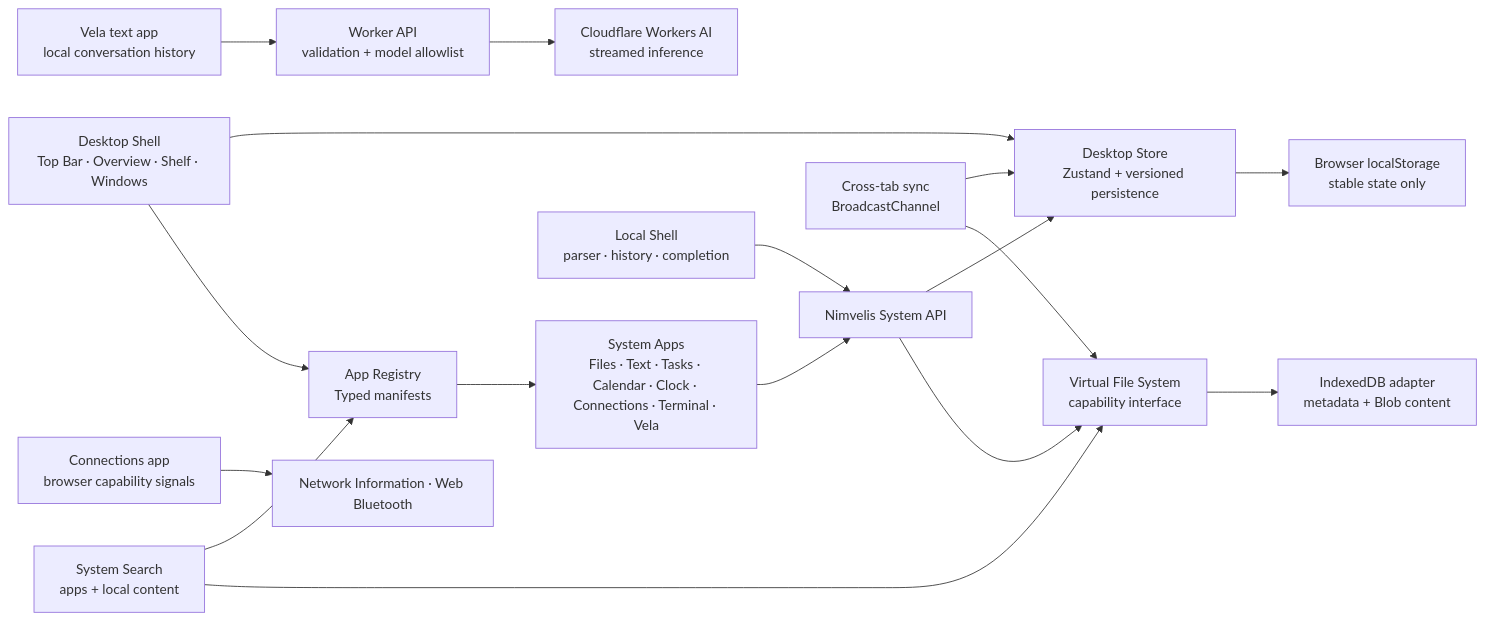
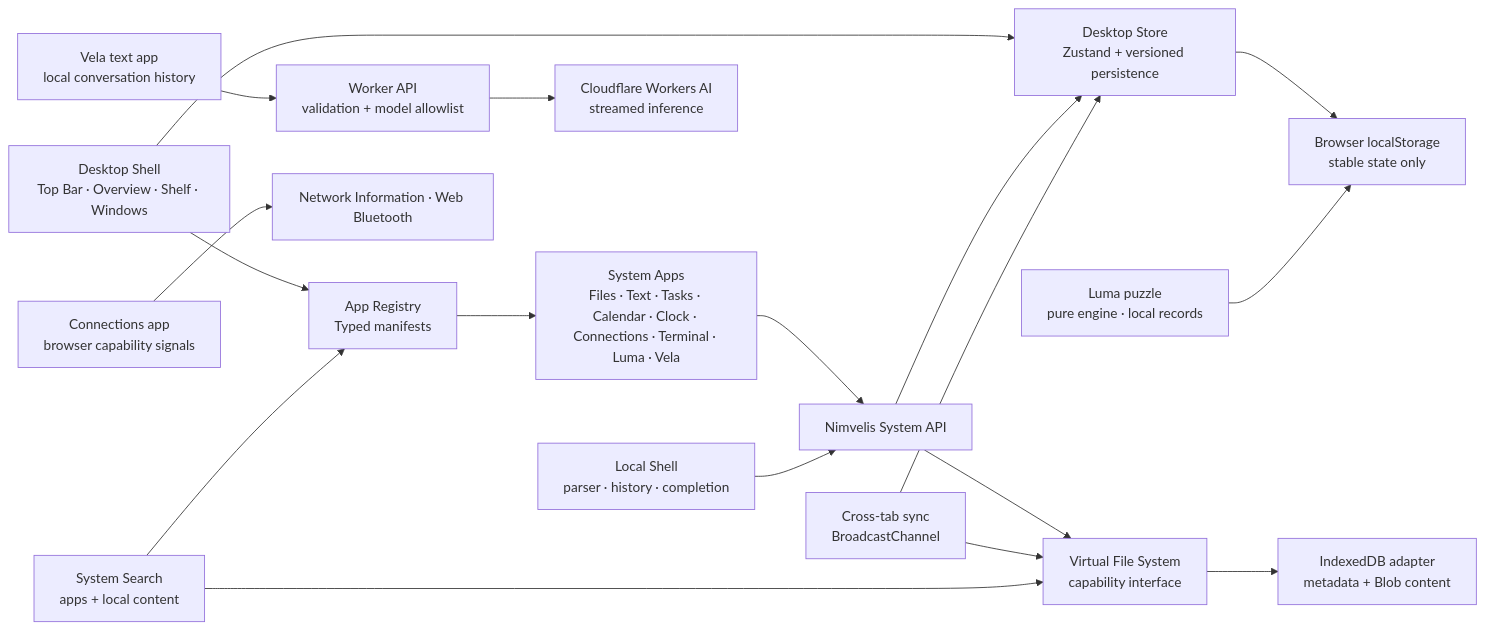
Before and after one commit to chatgptuk/nimvelis: the diagram in docs/architecture.md, drawn with Mermaid. The commit also changed other lines of this file and 19 other files, not shown here.

Commit message:
Add Luma system game

````diff
--- a/docs/architecture.md
+++ b/docs/architecture.md
@@ -9,19 +9,20 @@
 ```mermaid
 flowchart LR
   Shell["Desktop Shell\nTop Bar · Overview · Shelf · Windows"] --> Store["Desktop Store\nZustand + versioned persistence"]
   Shell --> Registry["App Registry\nTyped manifests"]
-  Registry --> Apps["System Apps\nFiles · Text · Tasks · Calendar · Clock · Connections · Terminal · Vela"]
+  Registry --> Apps["System Apps\nFiles · Text · Tasks · Calendar · Clock · Connections · Terminal · Luma · Vela"]
   Apps --> API["Nimvelis System API"]
   API --> Store
   Store --> Persistence["Browser localStorage\nstable state only"]
   API --> VFS["Virtual File System\ncapability interface"]
   VFS --> IndexedDB["IndexedDB adapter\nmetadata + Blob content"]
   Sync["Cross-tab sync\nBroadcastChannel"] --> Store
   Sync --> VFS
   Search["System Search\napps + local content"] --> Registry
   Search --> VFS
   Vela["Vela text app\nlocal conversation history"] --> Worker["Worker API\nvalidation + model allowlist"]
   Worker --> AI["Cloudflare Workers AI\nstreamed inference"]
   Connections["Connections app\nbrowser capability signals"] --> Browser["Network Information · Web Bluetooth"]
   Terminal["Local Shell\nparser · history · completion"] --> API
+  Luma["Luma puzzle\npure engine · local records"] --> Persistence
 ```
````
